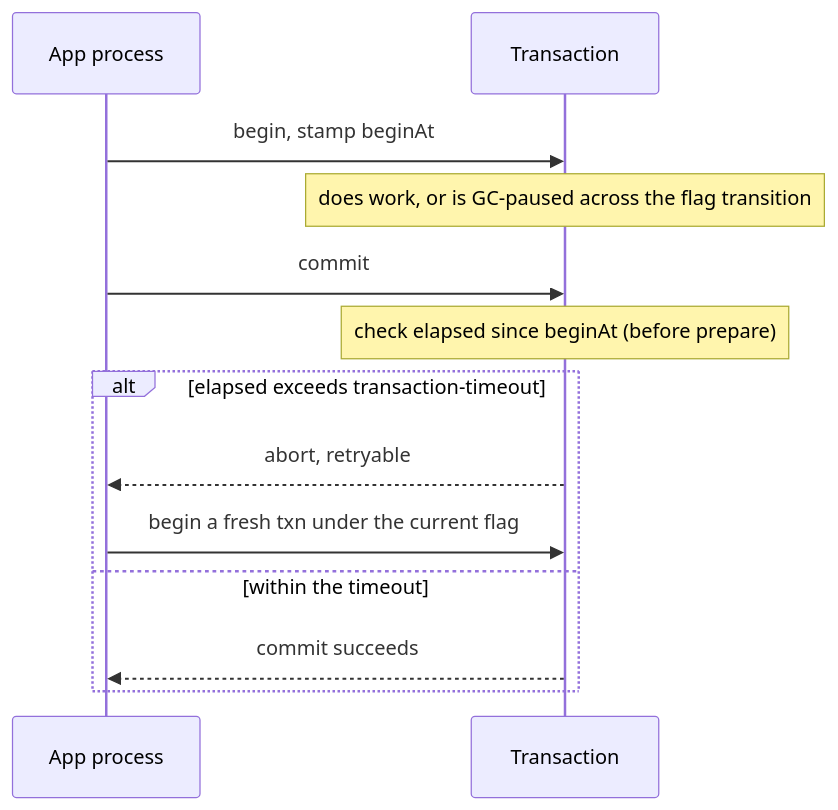
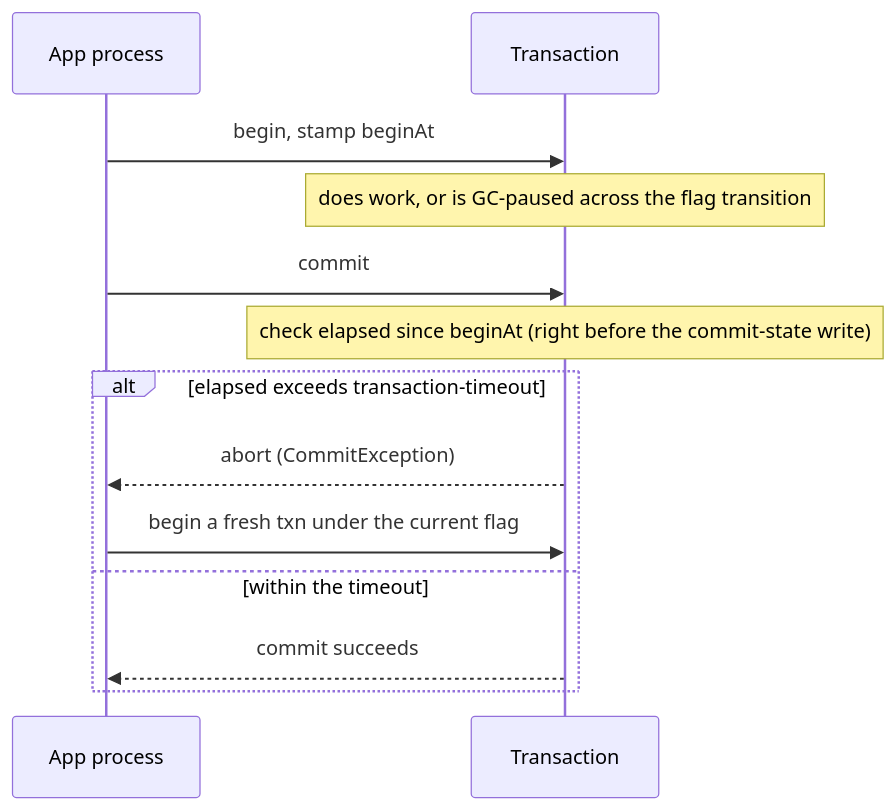
One commit to scalar-labs/scalardb changed the fourth of 4 diagrams in cbrl-design.md. Above: the diagram before and after it, drawn with Mermaid. The commit also changed other lines of this file and 12 other files, not shown here.

````diff
--- a/cbrl-design.md
+++ b/cbrl-design.md
@@ -131,15 +131,15 @@
 ```mermaid
 sequenceDiagram
     participant P as App process
     participant Tx as Transaction
     P->>Tx: begin, stamp beginAt
     Note over Tx: does work, or is GC-paused across the flag transition
     P->>Tx: commit
-    Note over Tx: check elapsed since beginAt (before prepare)
+    Note over Tx: check elapsed since beginAt (right before the commit-state write)
     alt elapsed exceeds transaction-timeout
-        Tx-->>P: abort, retryable
+        Tx-->>P: abort (CommitException)
         P->>Tx: begin a fresh txn under the current flag
     else within the timeout
         Tx-->>P: commit succeeds
     end
 ```
````
